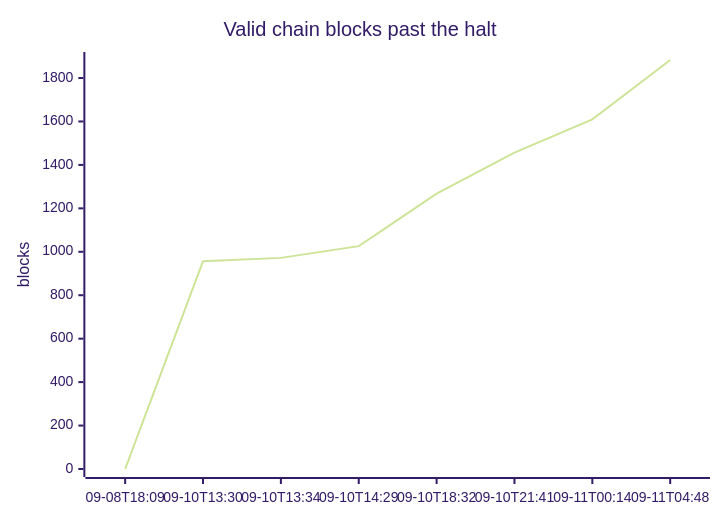
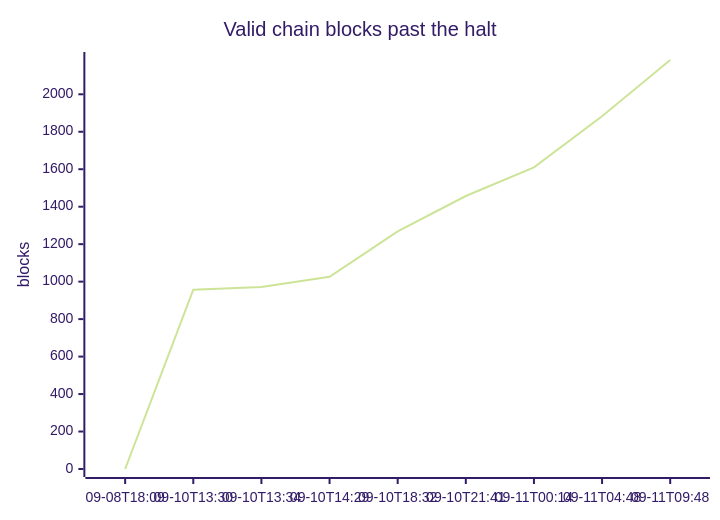
Before and after one commit to orangesurf/liquid-transaction-replay-monitor: the second of 2 diagrams in README.md, drawn with Mermaid (forest theme). The commit also changed other lines of this file and 2 other files, not shown here.

````diff
--- a/README.md
+++ b/README.md
@@ -32,7 +32,7 @@
 ```mermaid
 xychart-beta
     title "Valid chain blocks past the halt"
-    x-axis ["09-08T18:09", "09-10T13:30", "09-10T13:34", "09-10T14:29", "09-10T18:32", "09-10T21:41", "09-11T00:14", "09-11T04:48"]
-    y-axis "blocks" 0 --> 1883
-    line [0, 957, 972, 1026, 1268, 1457, 1610, 1883]
+    x-axis ["09-08T18:09", "09-10T13:30", "09-10T13:34", "09-10T14:29", "09-10T18:32", "09-10T21:41", "09-11T00:14", "09-11T04:48", "09-11T09:48"]
+    y-axis "blocks" 0 --> 2183
+    line [0, 957, 972, 1026, 1268, 1457, 1610, 1883, 2183]
 ```
````
